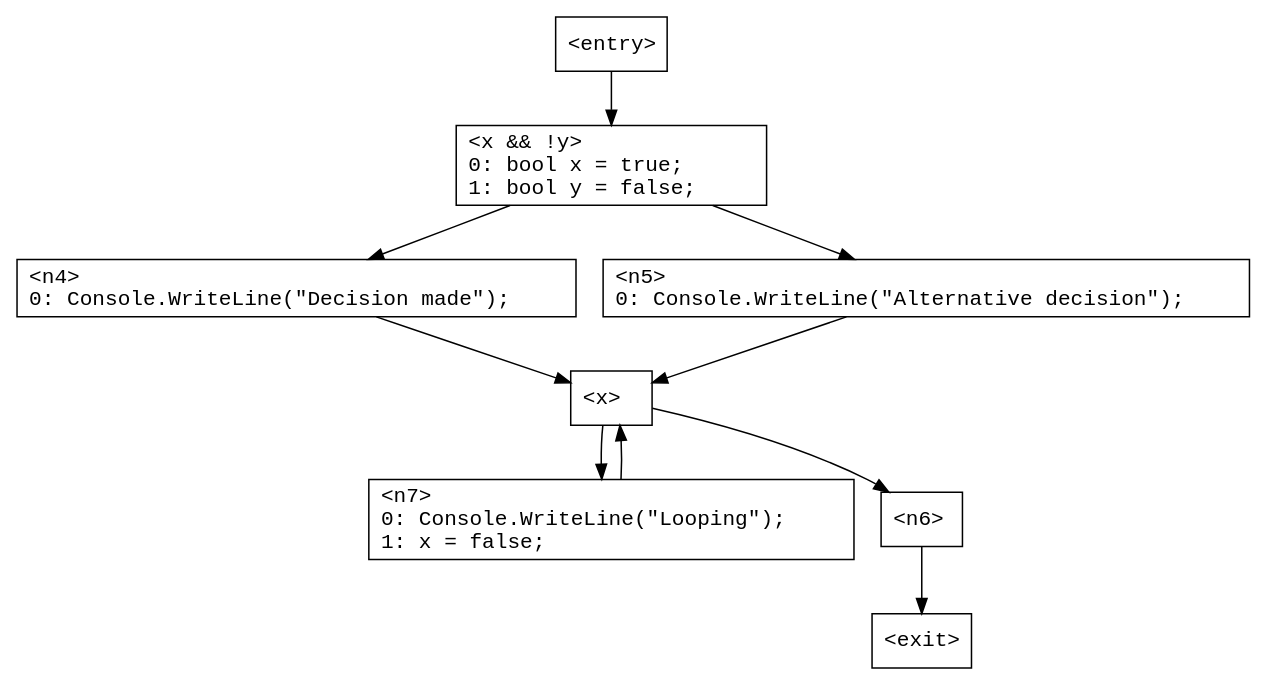
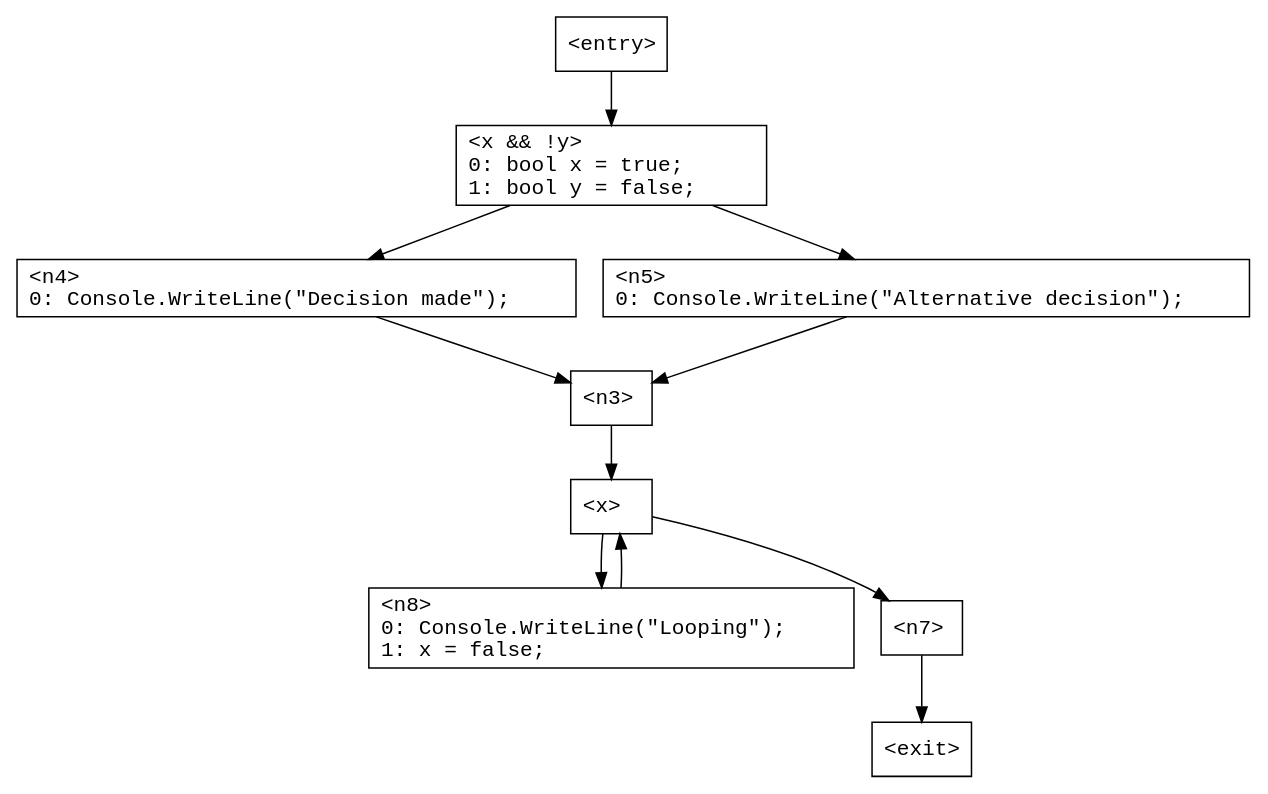
One commit to ashalkhakov/Tarp changed the diagram in TarpTests/Cfg/Data/TestIfThenElseAndWhile.gv. Above: the diagram before and after it, drawn with Graphviz. The commit also changed 3 other files, not shown here.

```diff
--- a/TarpTests/Cfg/Data/TestIfThenElseAndWhile.gv
+++ b/TarpTests/Cfg/Data/TestIfThenElseAndWhile.gv
@@ -1,36 +1,40 @@
 digraph G
 {
     n0 [ shape = "box"
              fontname = "Monospace"
              label = "<entry>\l" ];
       n0 -> n2;
     n1 [ shape = "box"
              fontname = "Monospace"
              label = "<exit>\l" ];
     n2 [ shape = "box"
              fontname = "Monospace"
              label = "<x && !y>\l0:	bool x = true;\l1:	bool y = false;\l" ];
       n2 -> n4;
       n2 -> n5;
     n3 [ shape = "box"
              fontname = "Monospace"
-             label = "<x>\l" ];
-      n3 -> n7;
+             label = "<n3>\l" ];
       n3 -> n6;
     n4 [ shape = "box"
              fontname = "Monospace"
              label = "<n4>\l0:	Console.WriteLine(\"Decision made\");\l" ];
       n4 -> n3;
     n5 [ shape = "box"
              fontname = "Monospace"
              label = "<n5>\l0:	Console.WriteLine(\"Alternative decision\");\l" ];
       n5 -> n3;
     n6 [ shape = "box"
              fontname = "Monospace"
-             label = "<n6>\l" ];
-      n6 -> n1;
+             label = "<x>\l" ];
+      n6 -> n8;
+      n6 -> n7;
     n7 [ shape = "box"
              fontname = "Monospace"
-             label = "<n7>\l0:	Console.WriteLine(\"Looping\");\l1:	x = false;\l" ];
-      n7 -> n3;
+             label = "<n7>\l" ];
+      n7 -> n1;
+    n8 [ shape = "box"
+             fontname = "Monospace"
+             label = "<n8>\l0:	Console.WriteLine(\"Looping\");\l1:	x = false;\l" ];
+      n8 -> n6;
 }
```
